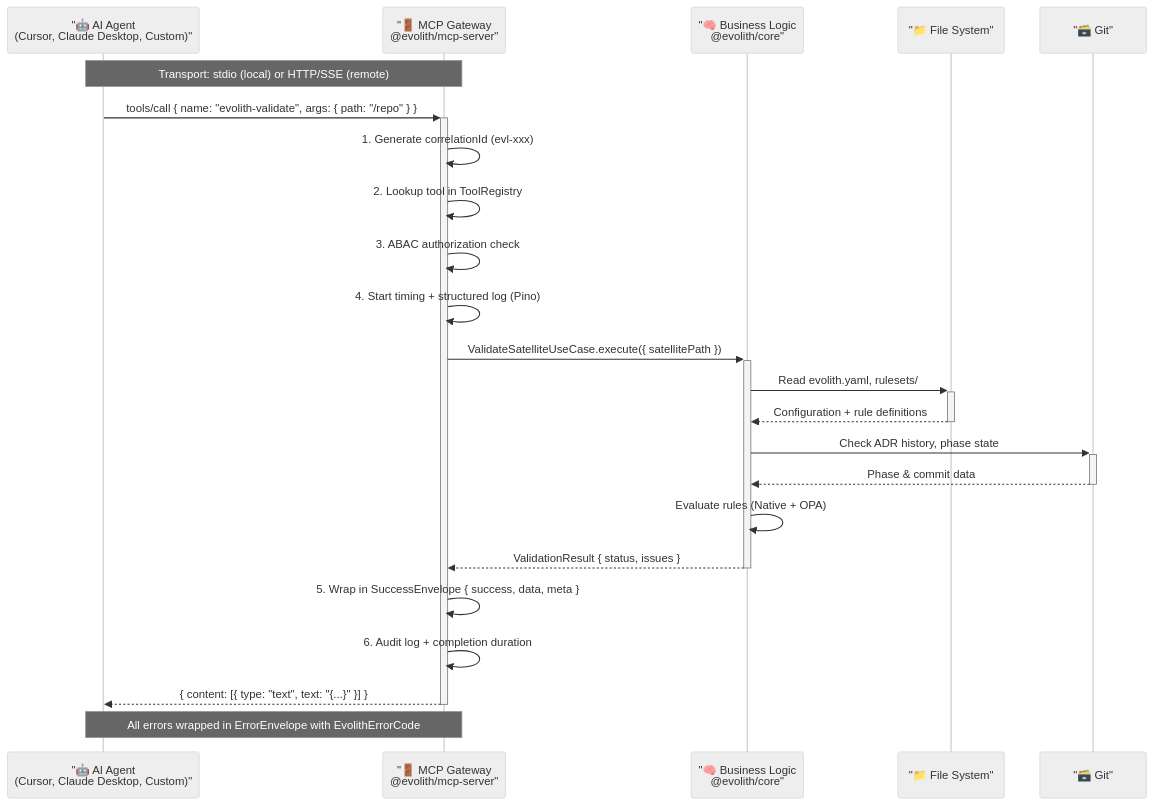
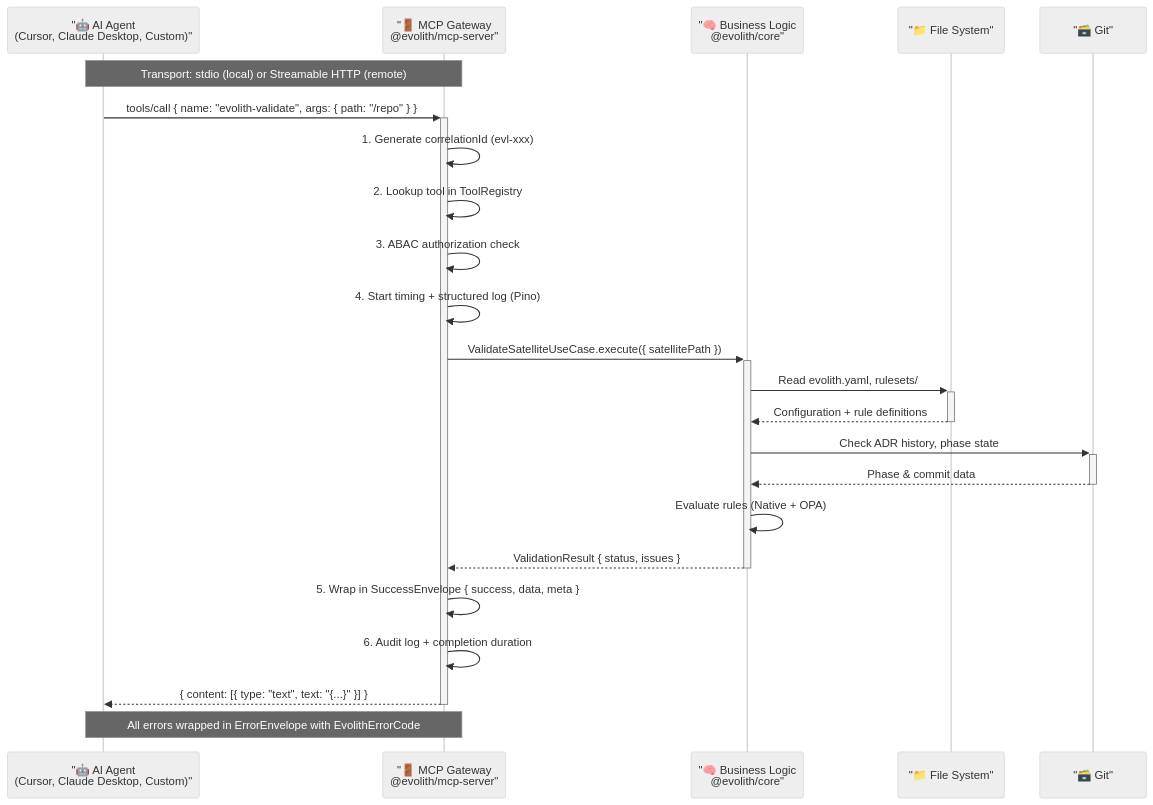
One commit to beyondnetcode/evolith_arch32 changed the diagram in packages/mcp-server/README.md. Above: the diagram before and after it, drawn with Mermaid (neutral theme). The commit also changed other lines of this file and 16 other files, not shown here.

````diff
--- a/packages/mcp-server/README.md
+++ b/packages/mcp-server/README.md
@@ -34,34 +34,34 @@
 ```mermaid
 sequenceDiagram
     participant Agent as "🤖 AI Agent<br/>(Cursor, Claude Desktop, Custom)"
     participant Gateway as "🚪 MCP Gateway<br/>@evolith/mcp-server"
     participant Core as "🧠 Business Logic<br/>@evolith/core"
     participant FS as "📁 File System"
     participant Git as "🗃️ Git"
 
-    Note over Agent,Gateway: Transport: stdio (local) or HTTP/SSE (remote)
+    Note over Agent,Gateway: Transport: stdio (local) or Streamable HTTP (remote)
 
     Agent->>+Gateway: tools/call { name: "evolith-validate", args: { path: "/repo" } }
 
     Gateway->>Gateway: 1. Generate correlationId (evl-xxx)
     Gateway->>Gateway: 2. Lookup tool in ToolRegistry
     Gateway->>Gateway: 3. ABAC authorization check
     Gateway->>Gateway: 4. Start timing + structured log (Pino)
 
     Gateway->>+Core: ValidateSatelliteUseCase.execute({ satellitePath })
     Core->>+FS: Read evolith.yaml, rulesets/
     FS-->>-Core: Configuration + rule definitions
 
     Core->>+Git: Check ADR history, phase state
     Git-->>-Core: Phase & commit data
 
     Core->>Core: Evaluate rules (Native + OPA)
     Core-->>-Gateway: ValidationResult { status, issues }
 
     Gateway->>Gateway: 5. Wrap in SuccessEnvelope { success, data, meta }
     Gateway->>Gateway: 6. Audit log + completion duration
 
     Gateway-->>-Agent: { content: [{ type: "text", text: "{...}" }] }
 
     Note over Agent,Gateway: All errors wrapped in ErrorEnvelope with EvolithErrorCode
 ```
````
